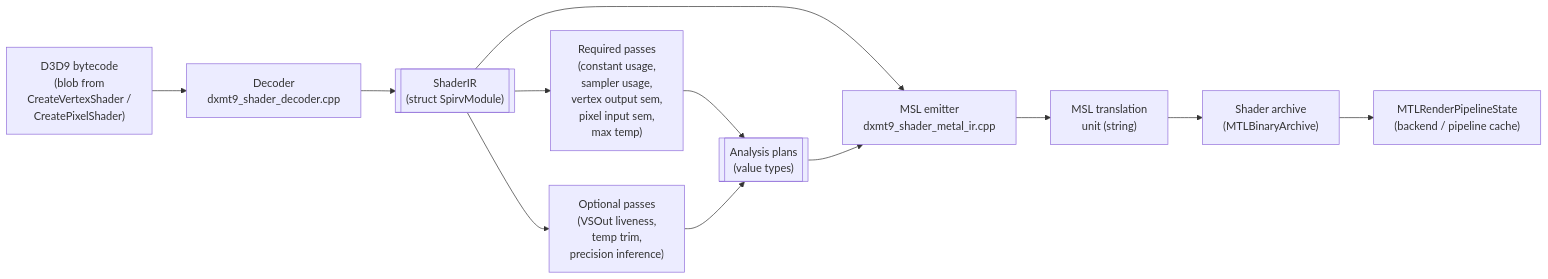
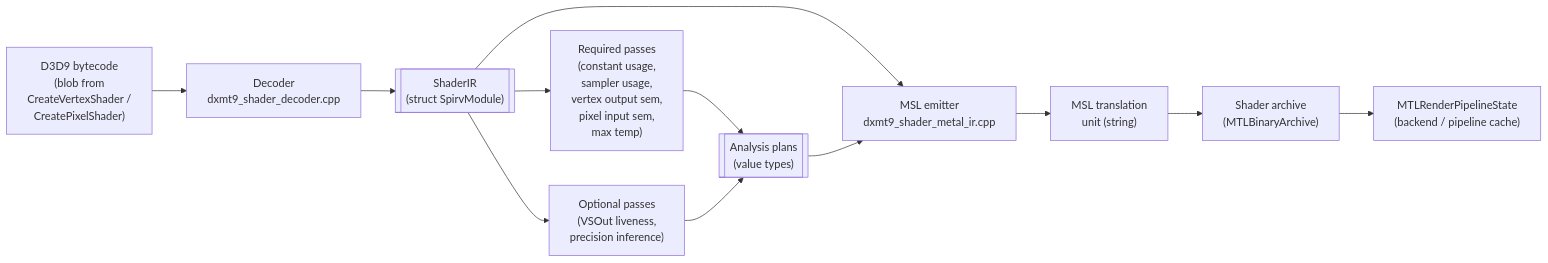
One commit to dfdgsdfg/dxmt9 changed the diagram in specs/d3d9/shader/spec.md. Above: the diagram before and after it, drawn with Mermaid. The commit also changed other lines of this file and 24 other files, not shown here.

````diff
--- a/specs/d3d9/shader/spec.md
+++ b/specs/d3d9/shader/spec.md
@@ -30,25 +30,25 @@
 ```mermaid
 flowchart LR
     BC["D3D9 bytecode\n(blob from\nCreateVertexShader /\nCreatePixelShader)"]
     DEC["Decoder\ndxmt9_shader_decoder.cpp"]
     IR[["ShaderIR\n(struct SpirvModule)"]]
     P1["Required passes\n(constant usage,\nsampler usage,\nvertex output sem,\npixel input sem,\nmax temp)"]
-    P2["Optional passes\n(VSOut liveness,\ntemp trim,\nprecision inference)"]
+    P2["Optional passes\n(VSOut liveness,\nprecision inference)"]
     PLAN[["Analysis plans\n(value types)"]]
     EMIT["MSL emitter\ndxmt9_shader_metal_ir.cpp"]
     MSL["MSL translation\nunit (string)"]
     ARCH["Shader archive\n(MTLBinaryArchive)"]
     PSO["MTLRenderPipelineState\n(backend / pipeline cache)"]
 
     BC --> DEC
     DEC --> IR
     IR --> P1
     IR --> P2
     P1 --> PLAN
     P2 --> PLAN
     IR --> EMIT
     PLAN --> EMIT
     EMIT --> MSL
     MSL --> ARCH
     ARCH --> PSO
 ```
````
